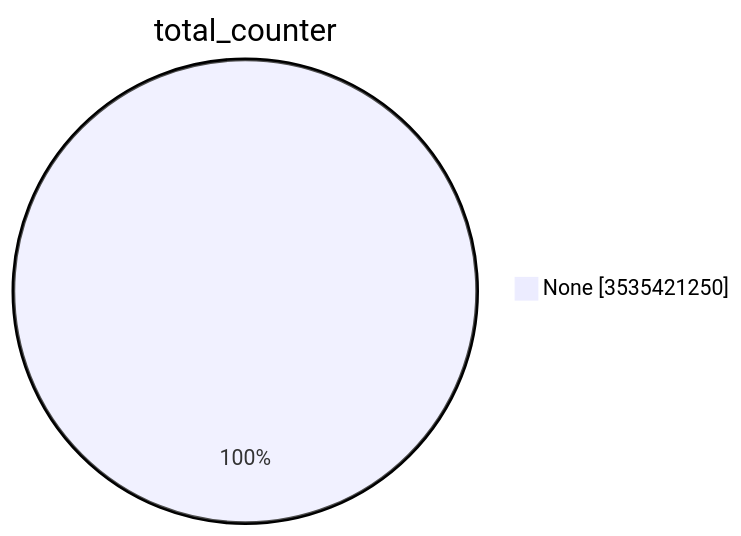
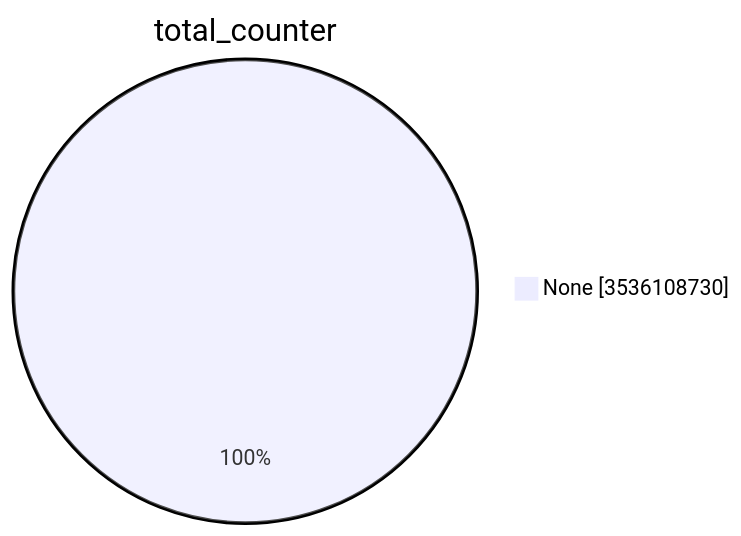
One commit to christiankrug/ctmonitor_visualization changed the first of 15 diagrams in TOTAL/README.md. Above: the diagram before and after it, drawn with Mermaid. The commit also changed other lines of this file, not shown here.

````diff
--- a/TOTAL/README.md
+++ b/TOTAL/README.md
@@ -1,5 +1,5 @@
 ```mermaid
 pie showData
 title total_counter
-"None" :3535421250
+"None" :3536108730
 ```
````
